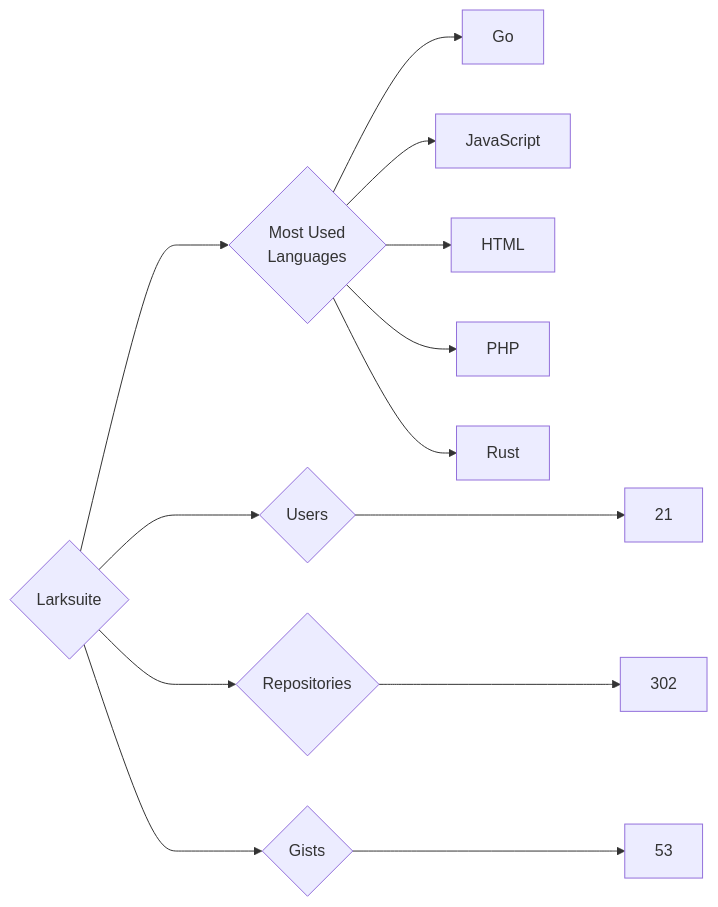
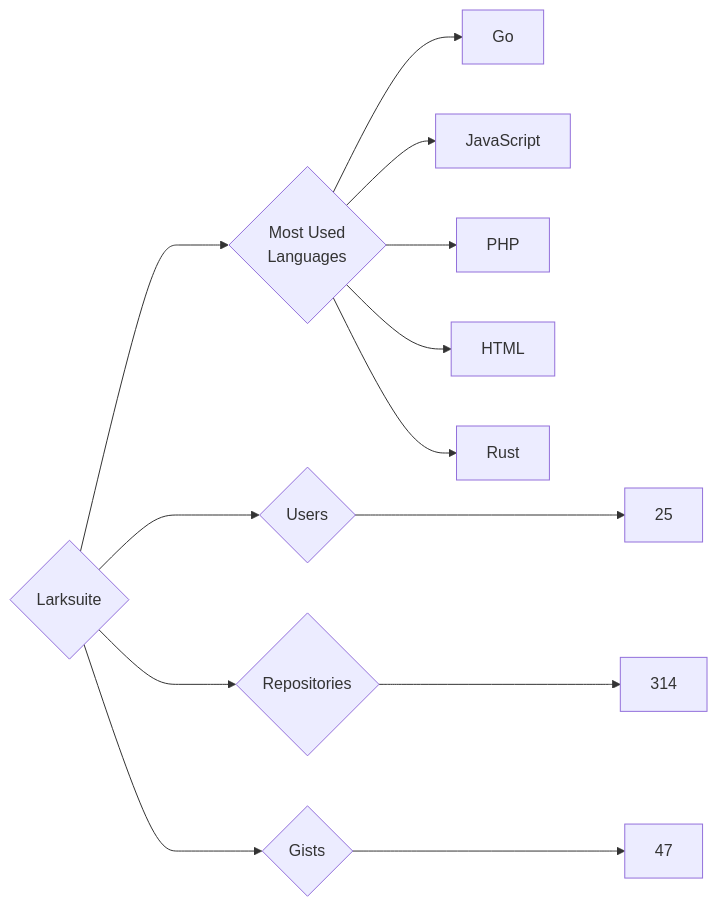
The diagram in targets/Larksuite/README.md (trickest/insiders), drawn with Mermaid before and after one commit. The commit also changed 1484 other files, not shown here.

````diff
--- a/targets/Larksuite/README.md
+++ b/targets/Larksuite/README.md
@@ -3,13 +3,13 @@
 ```mermaid
 graph LR
 COMPANY_NAME{Larksuite}
-COMPANY_NAME ---> U{Users} ---> UN[21]
-COMPANY_NAME ---> R{Repositories} ---> RN[302]
-COMPANY_NAME ---> G{Gists} ---> GN[53]
+COMPANY_NAME ---> U{Users} ---> UN[25]
+COMPANY_NAME ---> R{Repositories} ---> RN[314]
+COMPANY_NAME ---> G{Gists} ---> GN[47]
 COMPANY_NAME ---> ML{Most Used<br>Languages}
 ML --> Go[Go]
 ML --> JavaScript[JavaScript]
+ML --> PHP[PHP]
 ML --> HTML[HTML]
-ML --> PHP[PHP]
 ML --> Rust[Rust]
 ```
````
